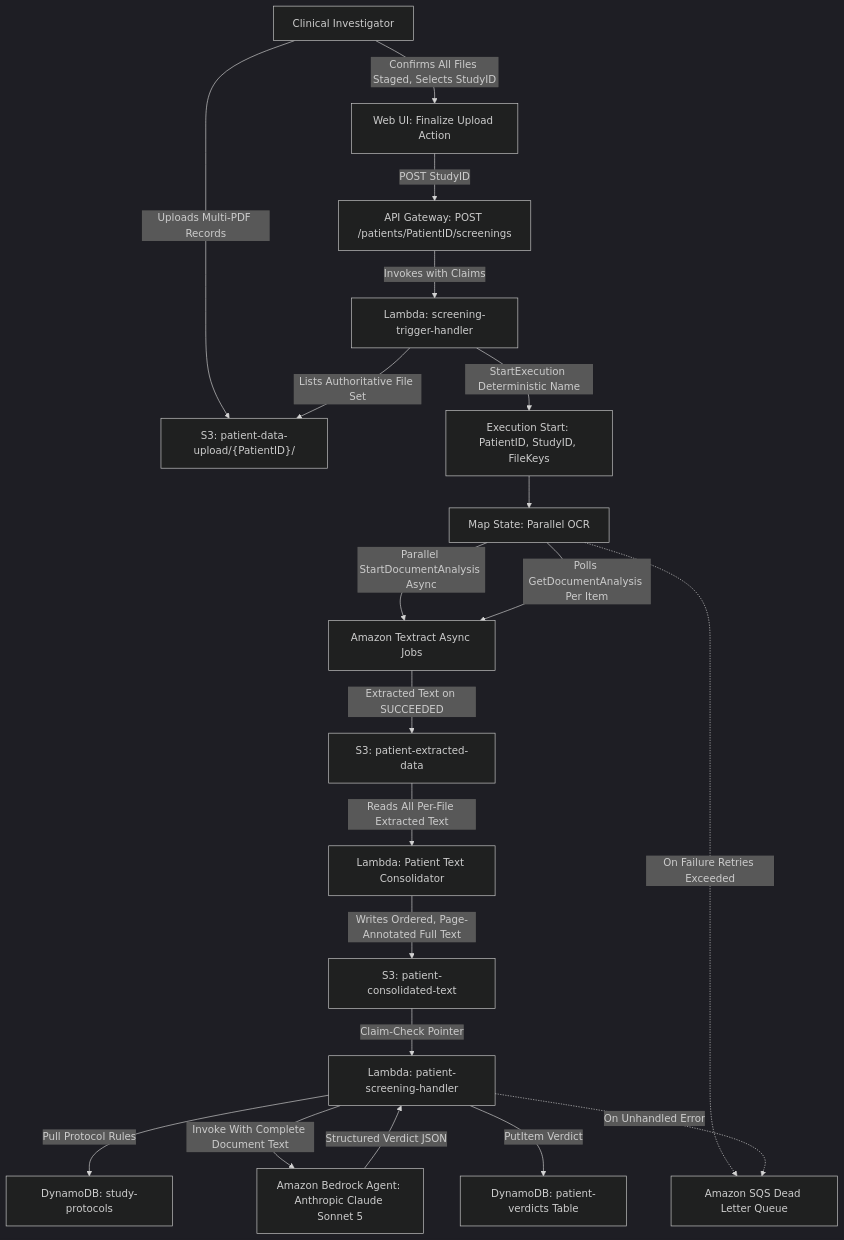
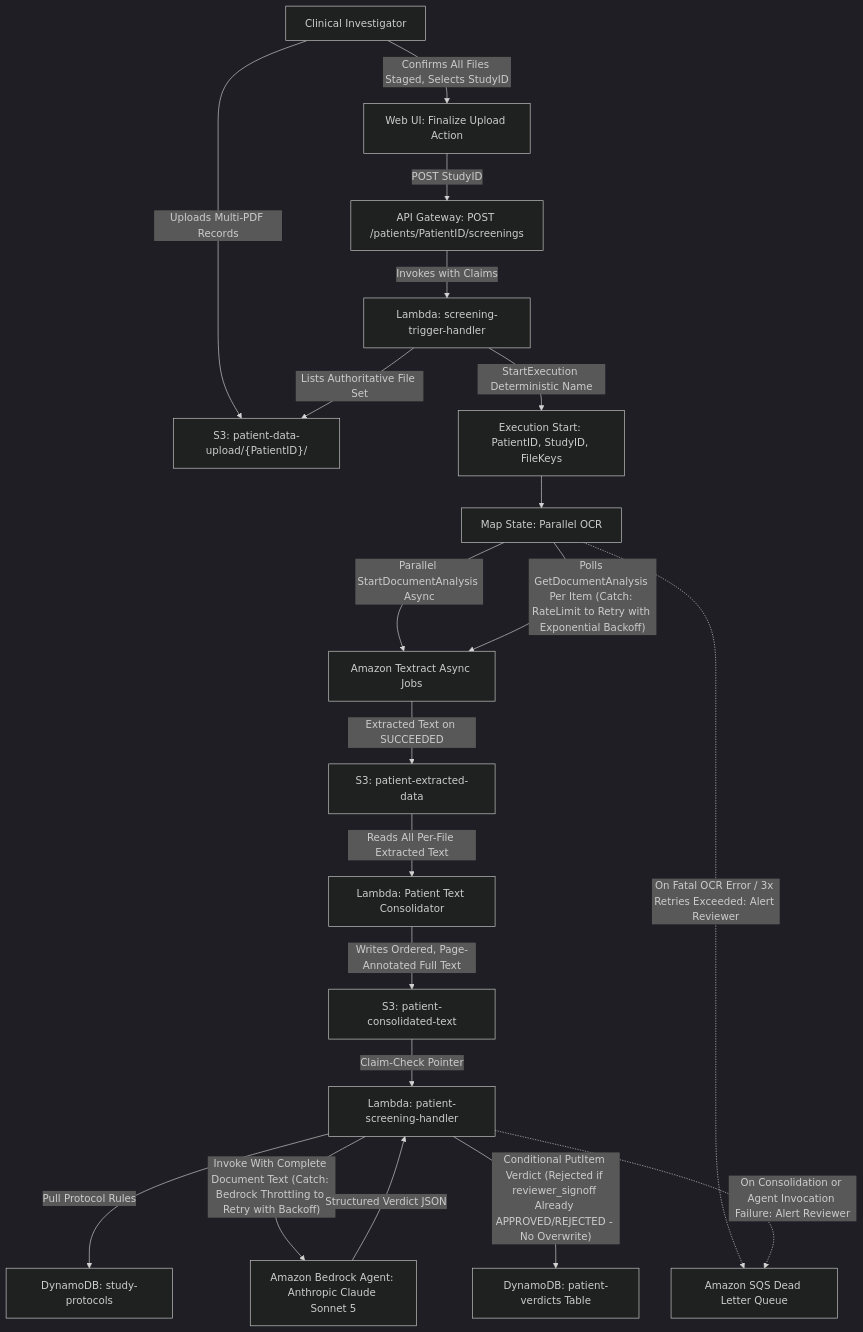
Before and after one commit to skarj/aws-solution-medical-agent: the third of 4 diagrams in Architecture.md, drawn with Mermaid (dark theme). The commit also changed other lines of this file and 3 other files, not shown here.

````diff
--- a/Architecture.md
+++ b/Architecture.md
@@ -110,39 +74,39 @@
 ```mermaid
 graph TD
     CLINICIAN["Clinical Investigator"]
     UI_WEB["Web UI: Finalize Upload Action"]
     S3_PATIENT["S3: patient-data-upload/{PatientID}/"]
     APIGW_TRIGGER["API Gateway: POST /patients/PatientID/screenings"]
     LAMBDA_TRIGGER["Lambda: screening-trigger-handler"]
     SFN_START["Execution Start: PatientID, StudyID, FileKeys"]
     MAP_OCR["Map State: Parallel OCR"]
     S3_EXTRACT["S3: patient-extracted-data"]
     LAMBDA_CONSOLIDATE["Lambda: Patient Text Consolidator"]
     S3_CONSOLIDATED["S3: patient-consolidated-text"]
     LAMBDA_SCREEN["Lambda: patient-screening-handler"]
     SQS_DLQ["Amazon SQS Dead Letter Queue"]
     TEXTRACT_ASYNC["Amazon Textract Async Jobs"]
     DDB_PROTO["DynamoDB: study-protocols"]
     BEDROCK_AGENT["Amazon Bedrock Agent: Anthropic Claude Sonnet 5"]
     DDB_VERDICT["DynamoDB: patient-verdicts Table"]
 
     CLINICIAN -->|"Uploads Multi-PDF Records"| S3_PATIENT
     CLINICIAN -->|"Confirms All Files Staged, Selects StudyID"| UI_WEB
     UI_WEB -->|"POST StudyID"| APIGW_TRIGGER
     APIGW_TRIGGER -->|"Invokes with Claims"| LAMBDA_TRIGGER
     LAMBDA_TRIGGER -->|"Lists Authoritative File Set"| S3_PATIENT
     LAMBDA_TRIGGER -->|"StartExecution Deterministic Name"| SFN_START
     SFN_START --> MAP_OCR
     MAP_OCR -->|"Parallel StartDocumentAnalysis Async"| TEXTRACT_ASYNC
-    MAP_OCR -->|"Polls GetDocumentAnalysis Per Item"| TEXTRACT_ASYNC
+    MAP_OCR -->|"Polls GetDocumentAnalysis Per Item (Catch: RateLimit to Retry with Exponential Backoff)"| TEXTRACT_ASYNC
     TEXTRACT_ASYNC -->|"Extracted Text on SUCCEEDED"| S3_EXTRACT
     S3_EXTRACT -->|"Reads All Per-File Extracted Text"| LAMBDA_CONSOLIDATE
     LAMBDA_CONSOLIDATE -->|"Writes Ordered, Page-Annotated Full Text"| S3_CONSOLIDATED
     S3_CONSOLIDATED -->|"Claim-Check Pointer"| LAMBDA_SCREEN
     LAMBDA_SCREEN -->|"Pull Protocol Rules"| DDB_PROTO
-    LAMBDA_SCREEN -->|"Invoke With Complete Document Text"| BEDROCK_AGENT
+    LAMBDA_SCREEN -->|"Invoke With Complete Document Text (Catch: Bedrock Throttling to Retry with Backoff)"| BEDROCK_AGENT
     BEDROCK_AGENT -->|"Structured Verdict JSON"| LAMBDA_SCREEN
-    LAMBDA_SCREEN -->|"PutItem Verdict"| DDB_VERDICT
-    MAP_OCR -.->|"On Failure Retries Exceeded"| SQS_DLQ
-    LAMBDA_SCREEN -.->|"On Unhandled Error"| SQS_DLQ
+    LAMBDA_SCREEN -->|"Conditional PutItem Verdict (Rejected if reviewer_signoff Already APPROVED/REJECTED - No Overwrite)"| DDB_VERDICT
+    MAP_OCR -.->|"On Fatal OCR Error / 3x Retries Exceeded: Alert Reviewer"| SQS_DLQ
+    LAMBDA_SCREEN -.->|"On Consolidation or Agent Invocation Failure: Alert Reviewer"| SQS_DLQ
 ```
````
